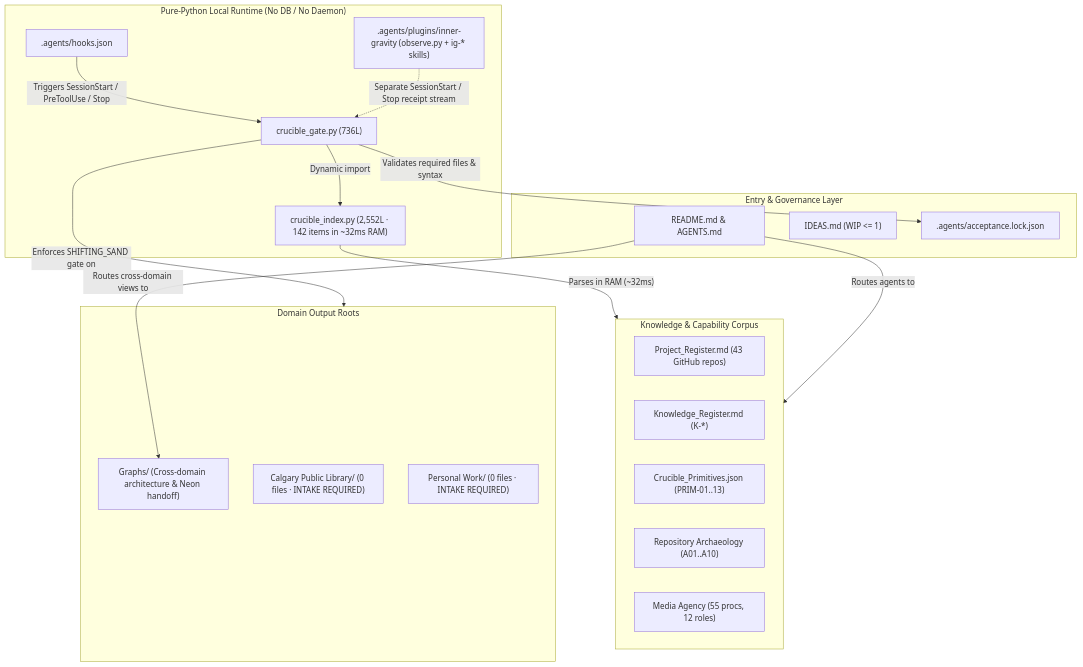
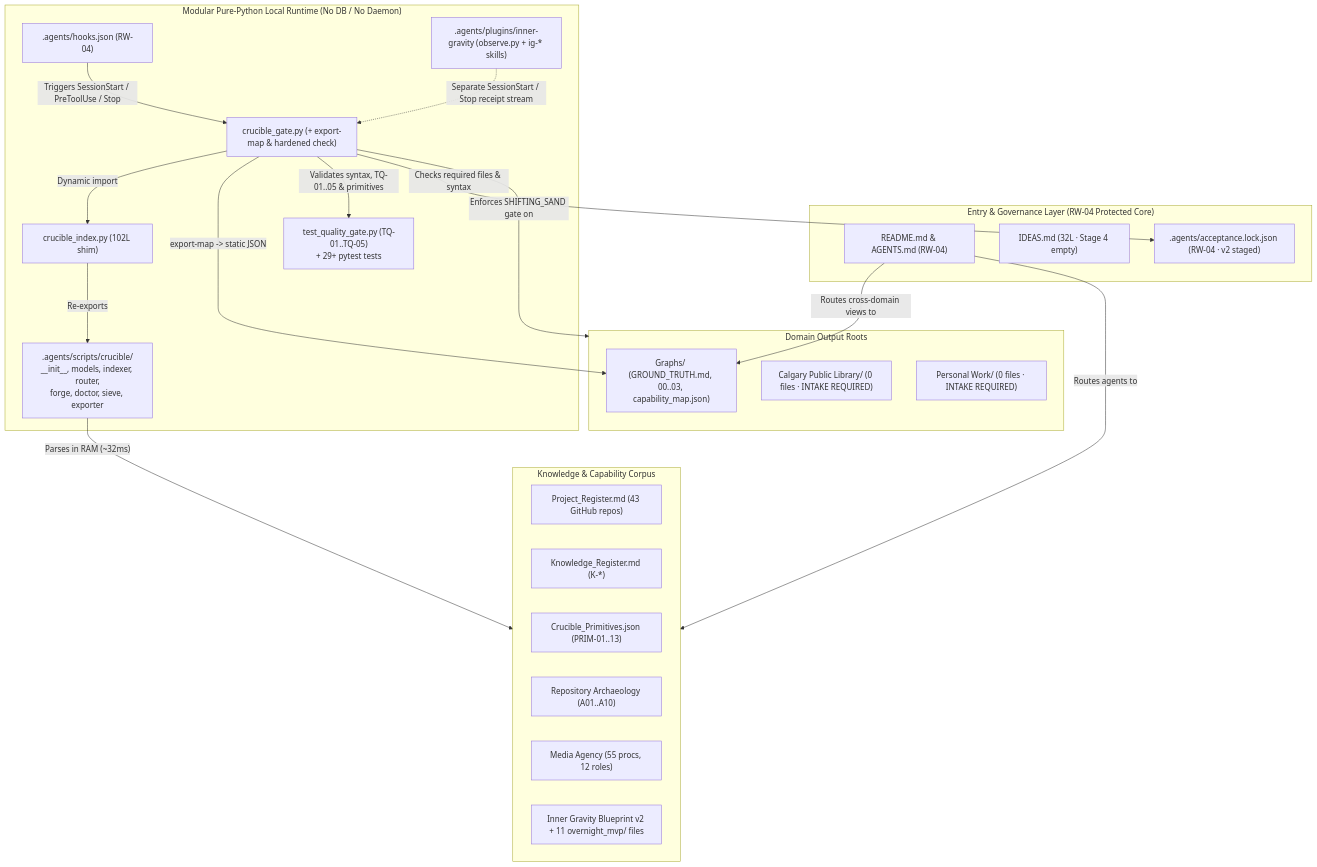
Before and after one commit to guarani-ux/Crucible-Domain: the diagram in Graphs/00_System_Atlas_and_Neon_Handoff.md, drawn with Mermaid. The commit also changed other lines of this file and 7 other files, not shown here.

Commit message:
Wave 2C: Reconcile Graphs/ docs, IDEAS.md, and stage acceptance.lock v2

````diff
--- a/Graphs/00_System_Atlas_and_Neon_Handoff.md
+++ b/Graphs/00_System_Atlas_and_Neon_Handoff.md
@@ -34,38 +37,44 @@
 ```mermaid
 flowchart TD
-    subgraph ENTRY["Entry & Governance Layer"]
-        README["README.md & AGENTS.md"]
-        IDEAS["IDEAS.md (WIP <= 1)"]
-        LOCK[".agents/acceptance.lock.json"]
+    subgraph ENTRY["Entry & Governance Layer (RW-04 Protected Core)"]
+        README["README.md & AGENTS.md (RW-04)"]
+        IDEAS["IDEAS.md (32L · Stage 4 empty)"]
+        LOCK[".agents/acceptance.lock.json (RW-04 · v2 staged)"]
     end
 
     subgraph KNOWLEDGE["Knowledge & Capability Corpus"]
         PROJ["Project_Register.md (43 GitHub repos)"]
         KNOW["Knowledge_Register.md (K-*)"]
         PRIM["Crucible_Primitives.json (PRIM-01..13)"]
         ARCH["Repository Archaeology (A01..A10)"]
         MEDIA["Media Agency (55 procs, 12 roles)"]
+        BLUE["Inner Gravity Blueprint v2 + 11 overnight_mvp/ files"]
     end
 
-    subgraph RUNTIME["Pure-Python Local Runtime (No DB / No Daemon)"]
-        HOOKS[".agents/hooks.json"]
-        GATE["crucible_gate.py (736L)"]
-        INDEX["crucible_index.py (2,552L · 142 items in ~32ms RAM)"]
+    subgraph RUNTIME["Modular Pure-Python Local Runtime (No DB / No Daemon)"]
+        HOOKS[".agents/hooks.json (RW-04)"]
+        GATE["crucible_gate.py (+ export-map & hardened check)"]
+        SHIM["crucible_index.py (102L shim)"]
+        PKG[".agents/scripts/crucible/\n__init__, models, indexer, router,\nforge, doctor, sieve, exporter"]
+        TQ["test_quality_gate.py (TQ-01..TQ-05)\n+ 29+ pytest tests"]
         IG_PLUG[".agents/plugins/inner-gravity (observe.py + ig-* skills)"]
     end
 
     subgraph OUTPUTS["Domain Output Roots"]
-        GRAPHS["Graphs/ (Cross-domain architecture & Neon handoff)"]
+        GRAPHS["Graphs/ (GROUND_TRUTH.md, 00..03, capability_map.json)"]
         CPL["Calgary Public Library/ (0 files · INTAKE REQUIRED)"]
         PERS["Personal Work/ (0 files · INTAKE REQUIRED)"]
     end
 
     HOOKS -->|"Triggers SessionStart / PreToolUse / Stop"| GATE
-    GATE -->|"Dynamic import"| INDEX
-    INDEX -->|"Parses in RAM (~32ms)"| KNOWLEDGE
+    GATE -->|"Dynamic import"| SHIM
+    SHIM -->|"Re-exports"| PKG
+    PKG -->|"Parses in RAM (~32ms)"| KNOWLEDGE
+    GATE -->|"export-map -> static JSON"| GRAPHS
     GATE -->|"Enforces SHIFTING_SAND gate on"| OUTPUTS
-    GATE -->|"Validates required files & syntax"| LOCK
+    GATE -->|"Validates syntax, TQ-01..05 & primitives"| TQ
+    GATE -->|"Checks required files & syntax"| LOCK
     README -->|"Routes agents to"| KNOWLEDGE
     README -->|"Routes cross-domain views to"| GRAPHS
     IG_PLUG -.->|"Separate SessionStart / Stop receipt stream"| GATE
 ```
````
